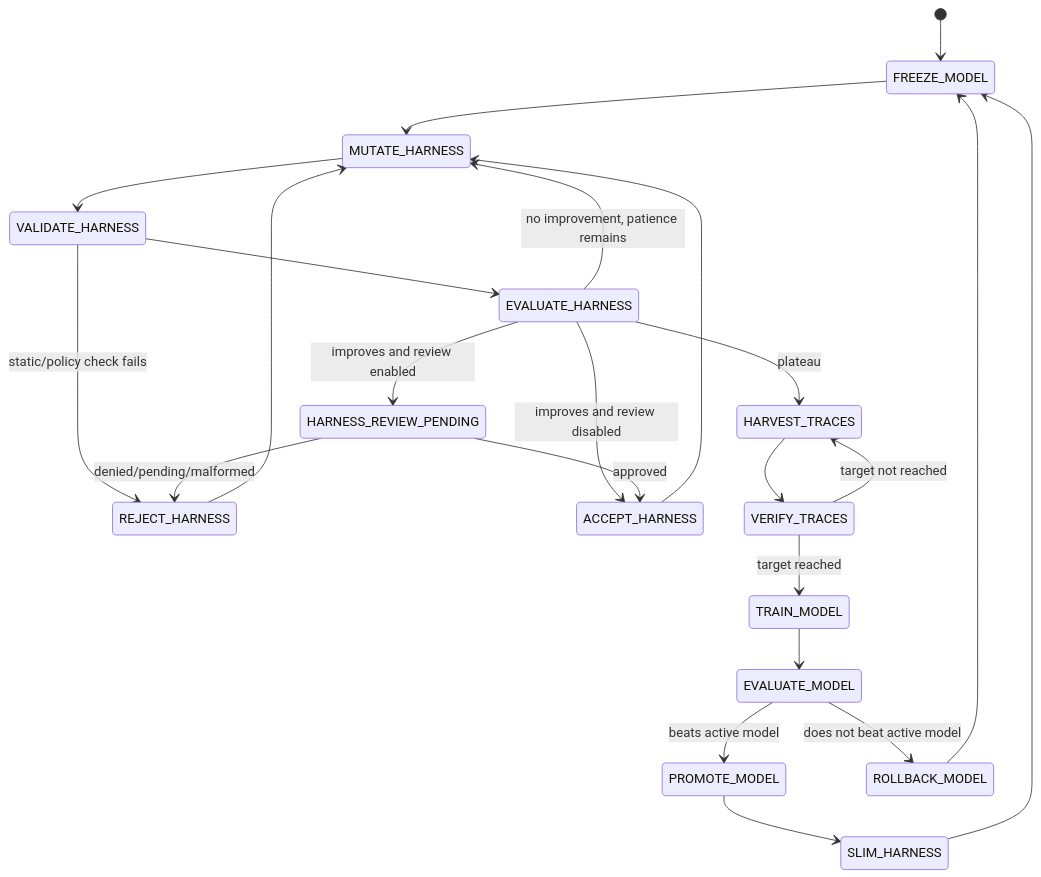
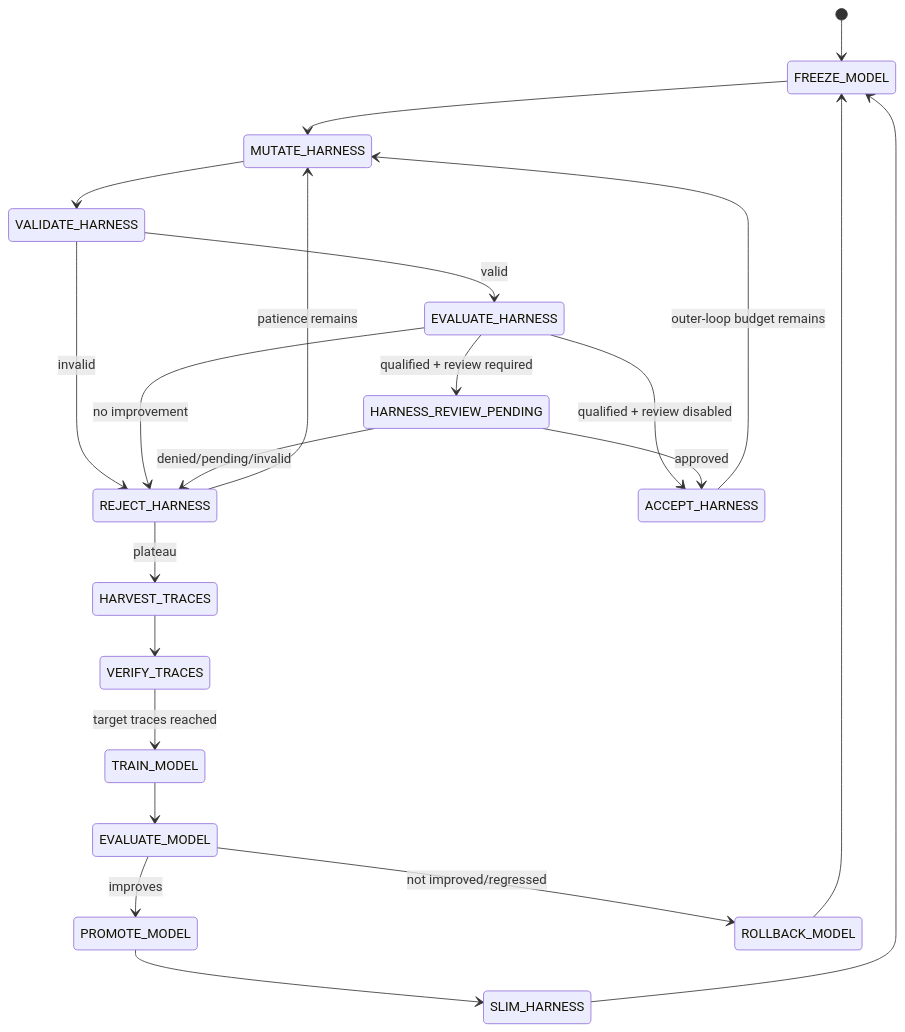
One commit to ed3c/post-training-rsi-pipeline changed the third of 3 diagrams in docs/state-machine.md. Above: the diagram before and after it, drawn with Mermaid. The commit also changed other lines of this file, not shown here.

````diff
--- a/docs/state-machine.md
+++ b/docs/state-machine.md
@@ -259,25 +301,24 @@
 ```mermaid
 stateDiagram-v2
     [*] --> FREEZE_MODEL
     FREEZE_MODEL --> MUTATE_HARNESS
     MUTATE_HARNESS --> VALIDATE_HARNESS
-    VALIDATE_HARNESS --> REJECT_HARNESS: static/policy check fails
-    VALIDATE_HARNESS --> EVALUATE_HARNESS
-    EVALUATE_HARNESS --> HARNESS_REVIEW_PENDING: improves and review enabled
-    EVALUATE_HARNESS --> ACCEPT_HARNESS: improves and review disabled
-    EVALUATE_HARNESS --> MUTATE_HARNESS: no improvement, patience remains
-    EVALUATE_HARNESS --> HARVEST_TRACES: plateau
+    VALIDATE_HARNESS --> EVALUATE_HARNESS: valid
+    VALIDATE_HARNESS --> REJECT_HARNESS: invalid
+    EVALUATE_HARNESS --> HARNESS_REVIEW_PENDING: qualified + review required
+    EVALUATE_HARNESS --> ACCEPT_HARNESS: qualified + review disabled
+    EVALUATE_HARNESS --> REJECT_HARNESS: no improvement
     HARNESS_REVIEW_PENDING --> ACCEPT_HARNESS: approved
-    HARNESS_REVIEW_PENDING --> REJECT_HARNESS: denied/pending/malformed
-    ACCEPT_HARNESS --> MUTATE_HARNESS
-    REJECT_HARNESS --> MUTATE_HARNESS
+    HARNESS_REVIEW_PENDING --> REJECT_HARNESS: denied/pending/invalid
+    ACCEPT_HARNESS --> MUTATE_HARNESS: outer-loop budget remains
+    REJECT_HARNESS --> MUTATE_HARNESS: patience remains
+    REJECT_HARNESS --> HARVEST_TRACES: plateau
     HARVEST_TRACES --> VERIFY_TRACES
-    VERIFY_TRACES --> HARVEST_TRACES: target not reached
-    VERIFY_TRACES --> TRAIN_MODEL: target reached
+    VERIFY_TRACES --> TRAIN_MODEL: target traces reached
     TRAIN_MODEL --> EVALUATE_MODEL
-    EVALUATE_MODEL --> PROMOTE_MODEL: beats active model
-    EVALUATE_MODEL --> ROLLBACK_MODEL: does not beat active model
+    EVALUATE_MODEL --> PROMOTE_MODEL: improves
+    EVALUATE_MODEL --> ROLLBACK_MODEL: not improved/regressed
     PROMOTE_MODEL --> SLIM_HARNESS
     SLIM_HARNESS --> FREEZE_MODEL
     ROLLBACK_MODEL --> FREEZE_MODEL
 ```
````
